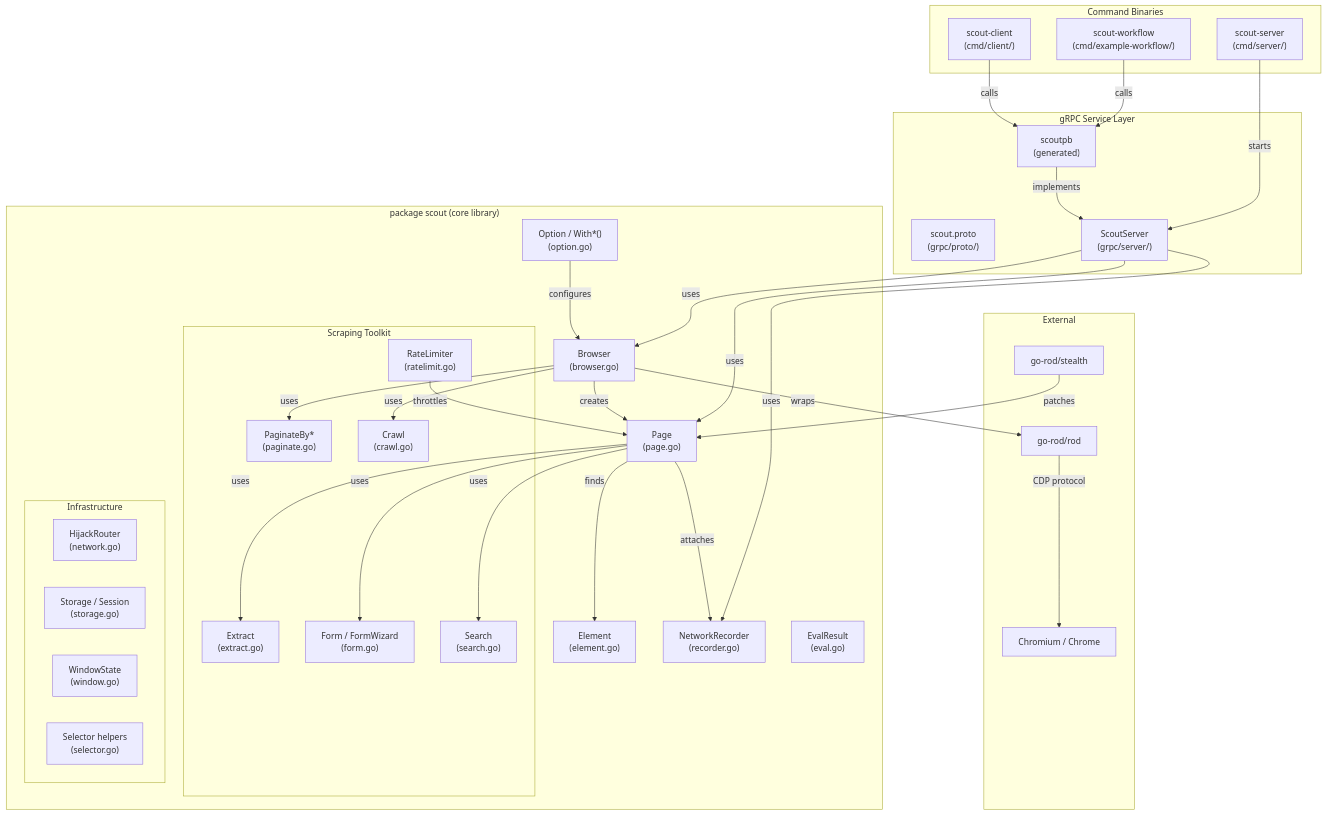
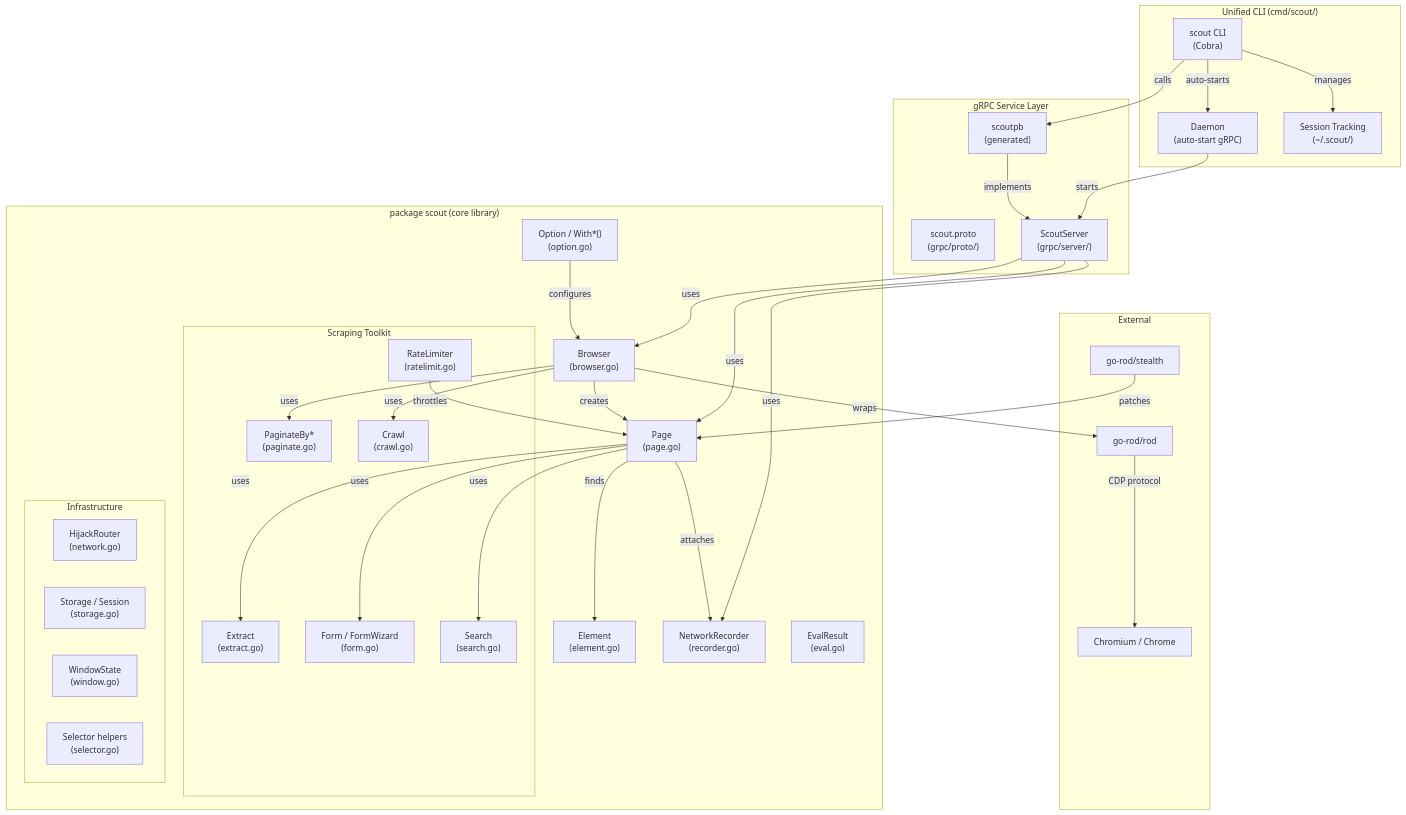
The first of 6 diagrams in docs/ARCHITECTURE.md (inovacc/scout), drawn with Mermaid before and after one commit. The commit also changed other lines of this file and 98 other files, not shown here.

First line of the commit message:
Move core library to pkg/scout and add unified Cobra CLI

````diff
--- a/docs/ARCHITECTURE.md
+++ b/docs/ARCHITECTURE.md
@@ -5,68 +5,69 @@
 ```mermaid
 flowchart TB
     subgraph Library["package scout (core library)"]
         Browser["Browser\n(browser.go)"]
         Page["Page\n(page.go)"]
         Element["Element\n(element.go)"]
         Recorder["NetworkRecorder\n(recorder.go)"]
         Options["Option / With*()\n(option.go)"]
         Eval["EvalResult\n(eval.go)"]
 
         subgraph Scraping["Scraping Toolkit"]
             Extract["Extract\n(extract.go)"]
             Form["Form / FormWizard\n(form.go)"]
             Paginate["PaginateBy*\n(paginate.go)"]
             Search["Search\n(search.go)"]
             Crawl["Crawl\n(crawl.go)"]
             RateLimit["RateLimiter\n(ratelimit.go)"]
         end
 
         subgraph Infrastructure["Infrastructure"]
             Network["HijackRouter\n(network.go)"]
             Storage["Storage / Session\n(storage.go)"]
             Window["WindowState\n(window.go)"]
             Selector["Selector helpers\n(selector.go)"]
         end
     end
 
     subgraph gRPC["gRPC Service Layer"]
         Proto["scout.proto\n(grpc/proto/)"]
         PB["scoutpb\n(generated)"]
         Server["ScoutServer\n(grpc/server/)"]
     end
 
-    subgraph Commands["Command Binaries"]
-        CmdServer["scout-server\n(cmd/server/)"]
-        CmdClient["scout-client\n(cmd/client/)"]
-        CmdWorkflow["scout-workflow\n(cmd/example-workflow/)"]
+    subgraph Commands["Unified CLI (cmd/scout/)"]
+        CLI["scout CLI\n(Cobra)"]
+        Daemon["Daemon\n(auto-start gRPC)"]
+        Sessions["Session Tracking\n(~/.scout/)"]
     end
 
     subgraph External["External"]
         Chrome["Chromium / Chrome"]
         Rod["go-rod/rod"]
         Stealth["go-rod/stealth"]
     end
 
     Options -->|configures| Browser
     Browser -->|creates| Page
     Page -->|finds| Element
     Page -->|attaches| Recorder
     Page -->|uses| Extract
     Page -->|uses| Form
     Page -->|uses| Search
     Browser -->|uses| Crawl
     Browser -->|uses| Paginate
     RateLimit -->|throttles| Page
 
     Server -->|uses| Browser
     Server -->|uses| Page
     Server -->|uses| Recorder
     PB -->|implements| Server
-    CmdServer -->|starts| Server
-    CmdClient -->|calls| PB
-    CmdWorkflow -->|calls| PB
+    CLI -->|manages| Sessions
+    CLI -->|auto-starts| Daemon
+    Daemon -->|starts| Server
+    CLI -->|calls| PB
 
     Rod -->|CDP protocol| Chrome
     Stealth -->|patches| Page
     Browser -->|wraps| Rod
 ```
````
